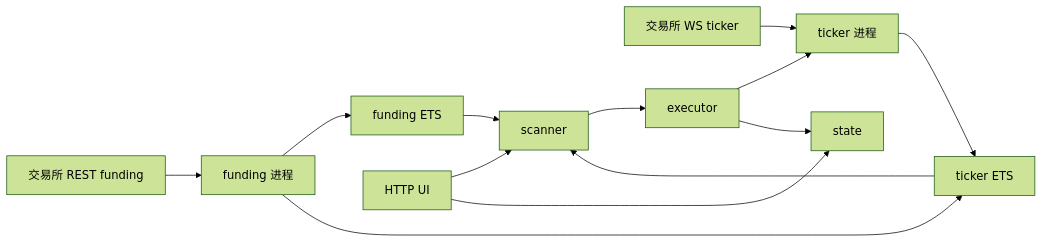
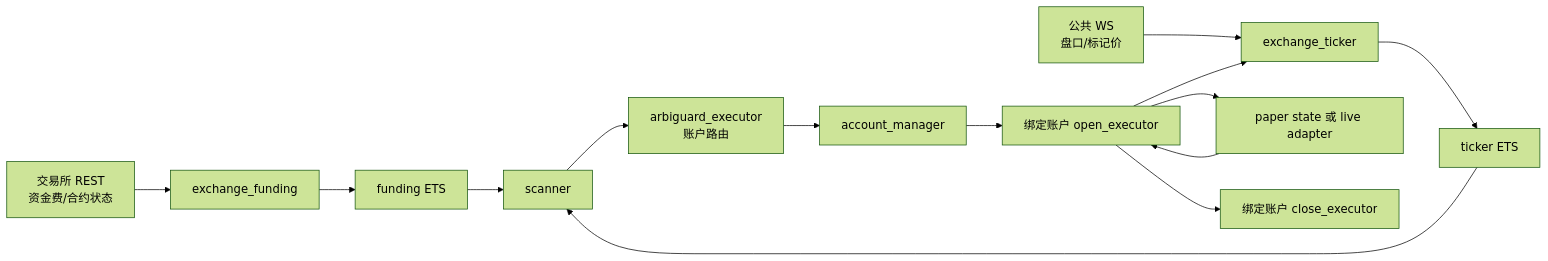
The third of 6 diagrams in docs/architecture.md (si229/ArbiGuard), drawn with Mermaid (forest theme) before and after one commit. The commit also changed other lines of this file and 11 other files, not shown here.

````diff
--- a/docs/architecture.md
+++ b/docs/architecture.md
@@ -93,26 +205,27 @@
 ```mermaid
 flowchart LR
-    REST["交易所 REST funding"]
-    WS["交易所 WS ticker"]
-    FUND_PROC["funding 进程"]
-    TICKER_PROC["ticker 进程"]
-    ETS_F["funding ETS"]
-    ETS_T["ticker ETS"]
-    SCANNER["scanner"]
-    EXEC["executor"]
-    STATE["state"]
-    UI["HTTP UI"]
+    REST["交易所 REST<br/>资金费/合约状态"]
+    PUBWS["公共 WS<br/>盘口/标记价"]
+    FUND["exchange_funding"]
+    TICK["exchange_ticker"]
+    ETSF["funding ETS"]
+    ETST["ticker ETS"]
+    SCAN["scanner"]
+    ROUTER["arbiguard_executor<br/>账户路由"]
+    AM["account_manager"]
+    OPEN["绑定账户 open_executor"]
+    STATE["paper state 或 live adapter"]
+    CLOSE["绑定账户 close_executor"]
 
-    REST --> FUND_PROC
-    FUND_PROC --> ETS_F
-    FUND_PROC --> ETS_T
-    WS --> TICKER_PROC
-    TICKER_PROC --> ETS_T
-    ETS_F --> SCANNER
-    ETS_T --> SCANNER
-    SCANNER --> EXEC
-    EXEC --> TICKER_PROC
-    EXEC --> STATE
-    UI --> SCANNER
-    UI --> STATE
+    REST --> FUND --> ETSF
+    PUBWS --> TICK --> ETST
+    ETSF --> SCAN
+    ETST --> SCAN
+    SCAN --> ROUTER
+    ROUTER --> AM
+    AM --> OPEN
+    OPEN --> TICK
+    OPEN --> STATE
+    STATE --> OPEN
+    OPEN --> CLOSE
 ```
````
